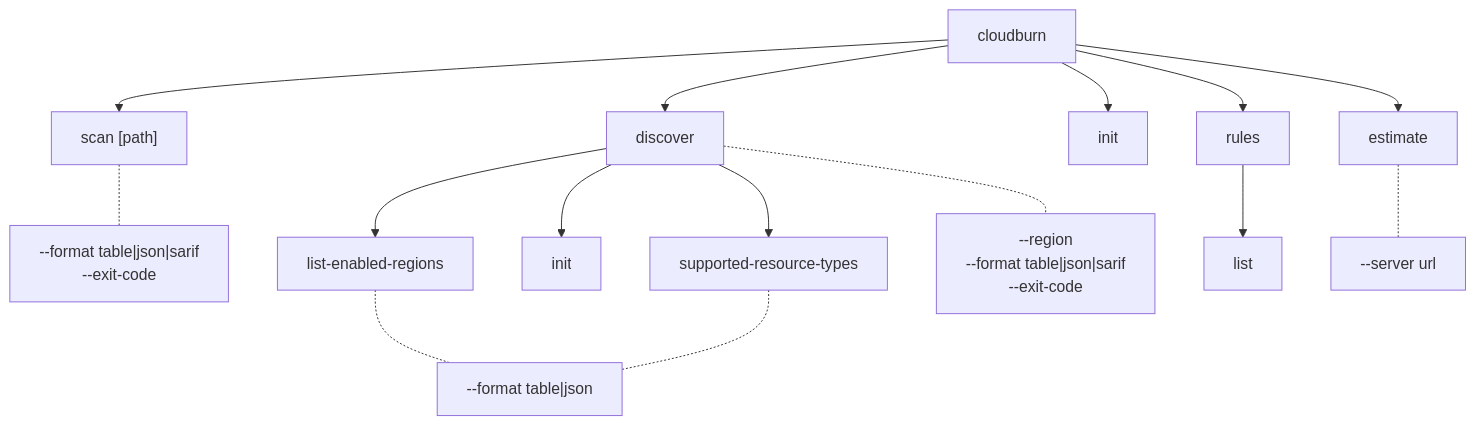
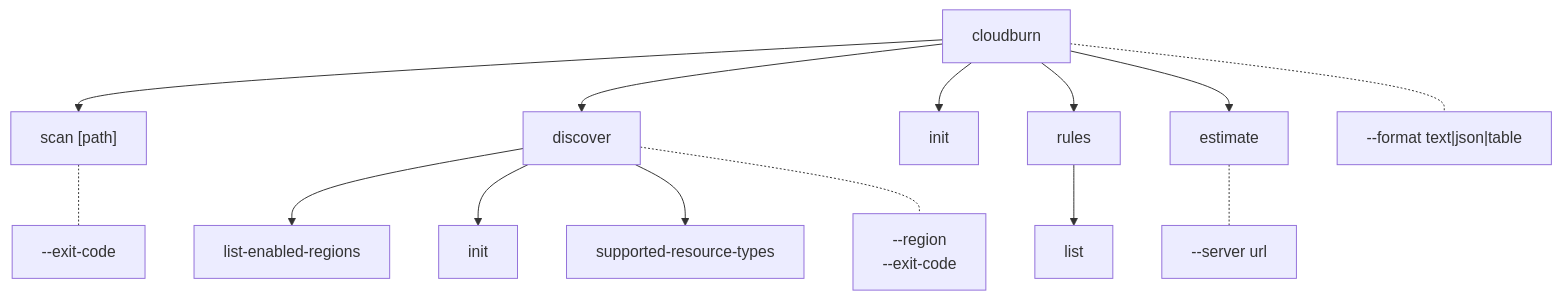
Before and after one commit to towardsthecloud/cloudburn: the first of 2 diagrams in docs/architecture/cli.md, drawn with Mermaid. The commit also changed other lines of this file and 21 other files, not shown here.

````diff
--- a/docs/architecture/cli.md
+++ b/docs/architecture/cli.md
@@ -5,18 +5,17 @@
 ```mermaid
 graph TD
   Root["cloudburn"] --> Scan["scan [path]"]
   Root --> Discover["discover"]
   Root --> Init["init"]
   Root --> Rules["rules"]
   Root --> Estimate["estimate"]
   Rules --> RulesList["list"]
   Discover --> DiscoverRegions["list-enabled-regions"]
   Discover --> DiscoverInit["init"]
   Discover --> DiscoverTypes["supported-resource-types"]
 
-  Scan -.- ScanFlags["--format table|json|sarif\n--exit-code"]
-  Discover -.- DiscoverFlags["--region <region|all>\n--format table|json|sarif\n--exit-code"]
-  DiscoverRegions -.- DiscoverInfoFlags["--format table|json"]
-  DiscoverTypes -.- DiscoverInfoFlags
+  Root -.- RootFlags["--format text|json|table"]
+  Scan -.- ScanFlags["--exit-code"]
+  Discover -.- DiscoverFlags["--region <region|all>\n--exit-code"]
   Estimate -.- EstimateFlags["--server url"]
 ```
````
